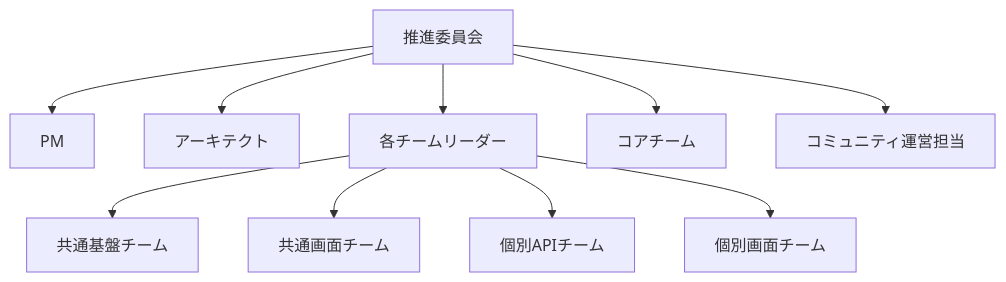
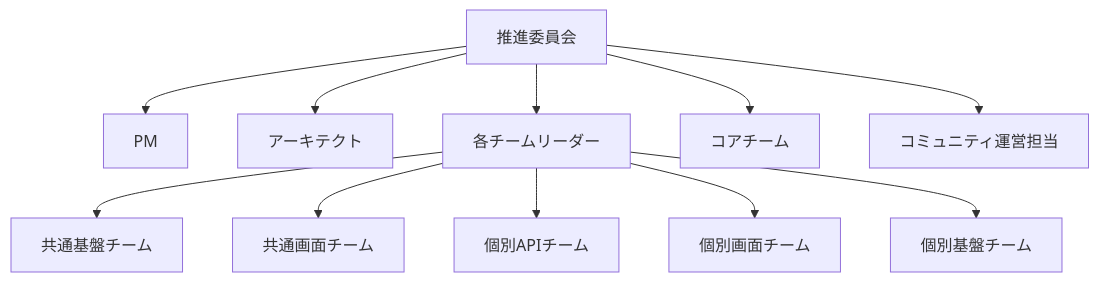
Before and after one commit to RyuheiKiso/KisoFramework: the third of 3 diagrams in docs/00_全体/04_開発チーム体制.md, drawn with Mermaid.

Commit message:
feat: 開発チーム体制のマーメイド図を更新
- 個別基盤チームをDノードから接続
- コアチームをAノードから接続
- コミュニティ運営担当をAノードから接続

````diff
--- a/docs/00_全体/04_開発チーム体制.md
+++ b/docs/00_全体/04_開発チーム体制.md
@@ -148,13 +148,14 @@
 ```mermaid
 graph TD
     A[推進委員会]
     A --> B[PM]
     A --> C[アーキテクト]
     A --> D[各チームリーダー]
     D --> E[共通基盤チーム]
     D --> F[共通画面チーム]
     D --> G[個別APIチーム]
     D --> H[個別画面チーム]
-    A --> I[コアチーム]
-    A --> J[コミュニティ運営担当]
+    D --> I[個別基盤チーム]
+    A --> J[コアチーム]
+    A --> K[コミュニティ運営担当]
 ```
````
